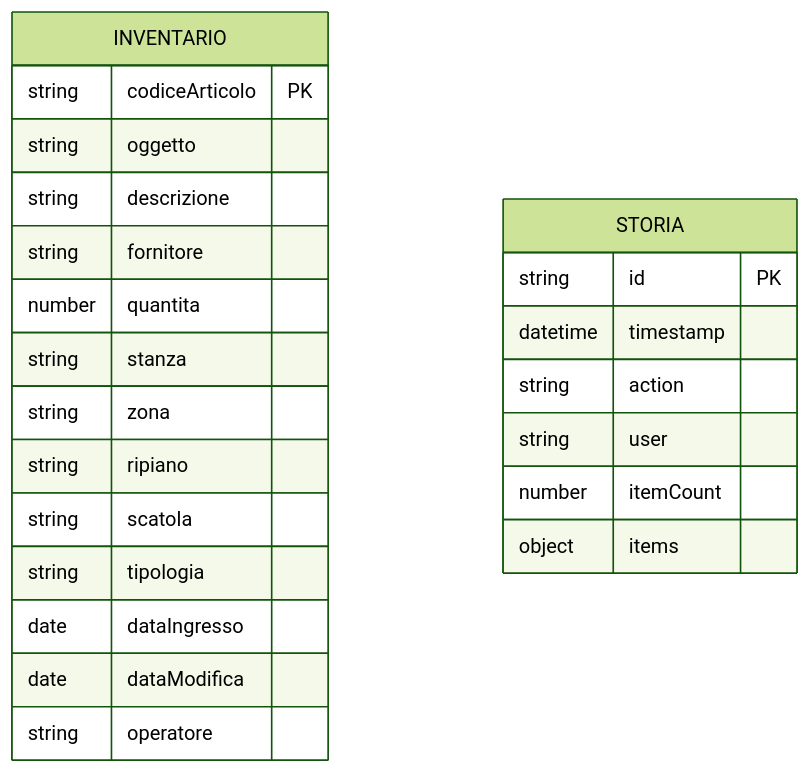
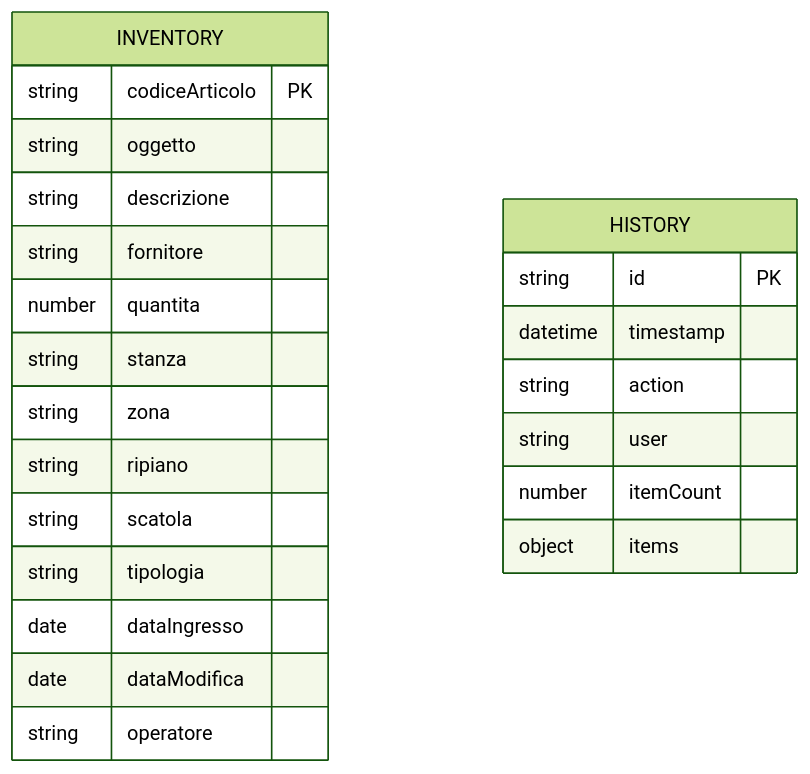
Before and after one commit to GrennMilo/Lab_Inventory: the second of 2 diagrams in README.md, drawn with Mermaid (forest theme). The commit also changed other lines of this file, not shown here.

````diff
--- a/README.md
+++ b/README.md
@@ -263,27 +263,27 @@
 ```mermaid
 erDiagram
-    INVENTARIO {
+    INVENTORY {
         string codiceArticolo PK
         string oggetto
         string descrizione
         string fornitore
         number quantita
         string stanza
         string zona
         string ripiano
         string scatola
         string tipologia
         date dataIngresso
         date dataModifica
         string operatore
     }
     
-    STORIA {
+    HISTORY {
         string id PK
         datetime timestamp
         string action
         string user
         number itemCount
         object items
     }
 ```
````
